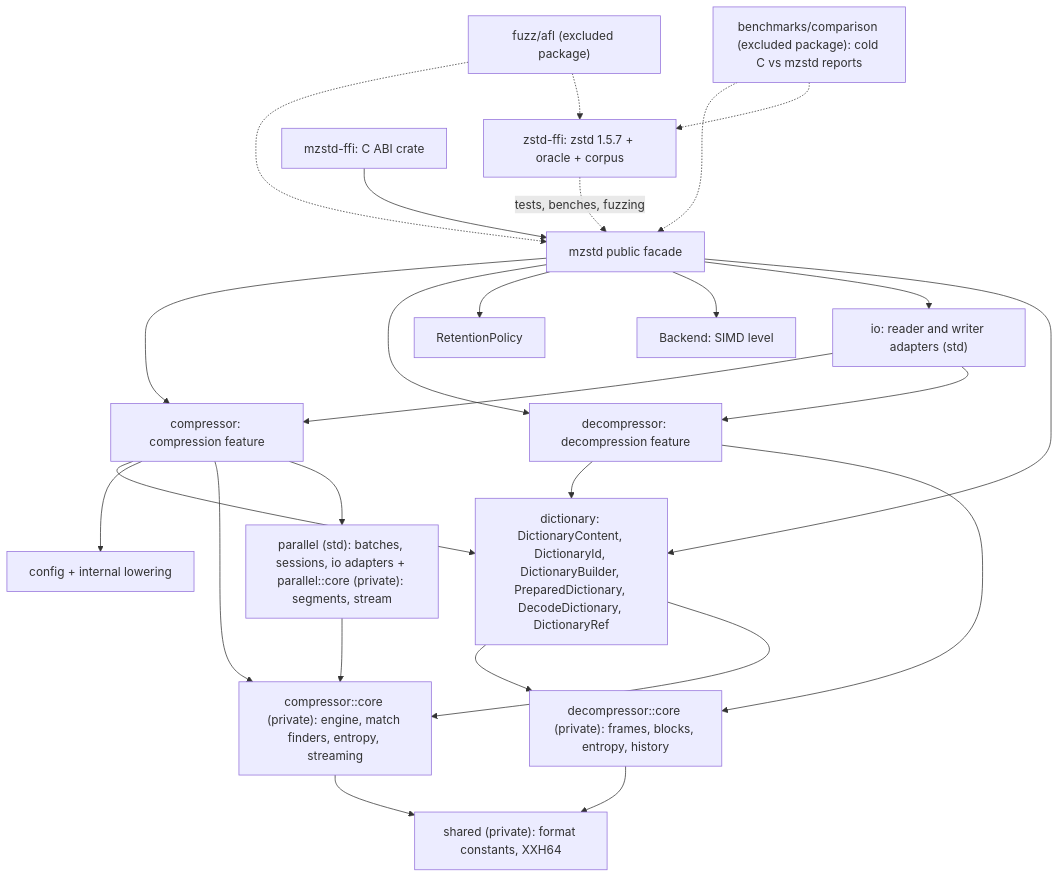
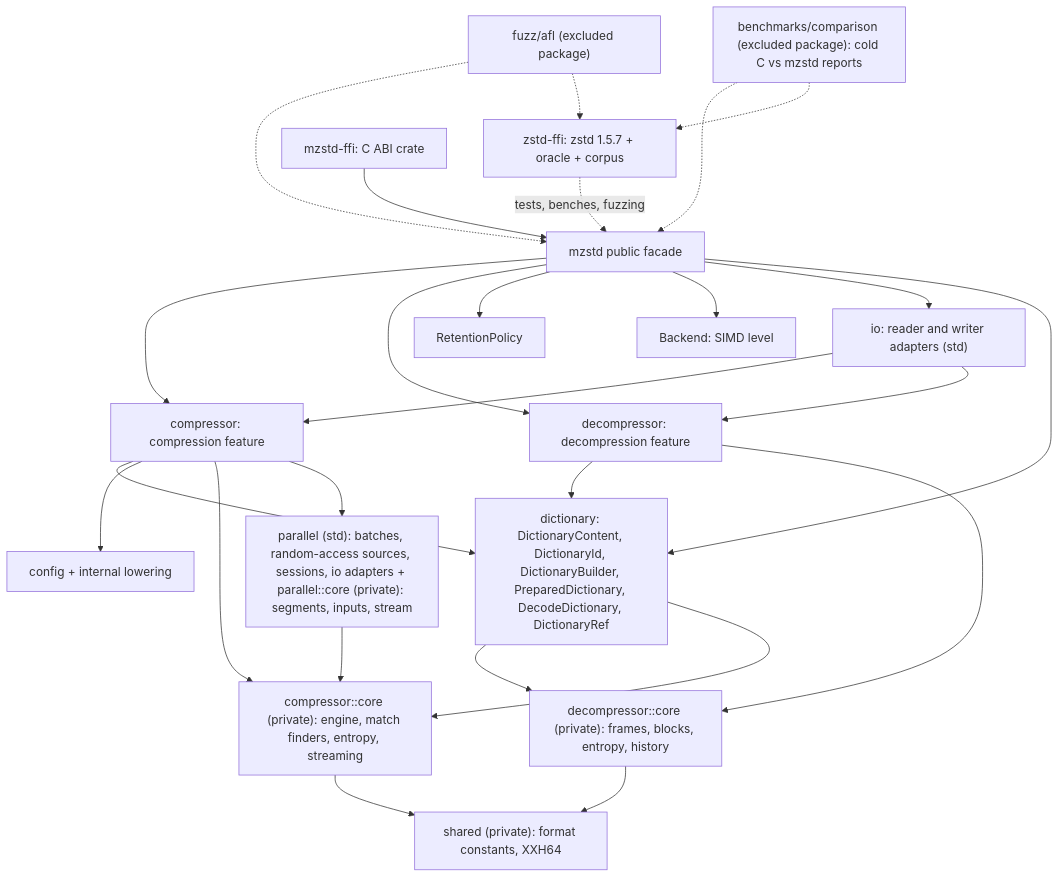
One commit to M-Compressors/mzstd changed the diagram in architecture/README.md. Above: the diagram before and after it, drawn with Mermaid. The commit also changed other lines of this file and 13 other files, not shown here.

````diff
--- a/architecture/README.md
+++ b/architecture/README.md
@@ -11,28 +11,28 @@
 ```mermaid
 graph TD
     Root[mzstd public facade] --> Encode[compressor: compression feature]
     Root --> Decode[decompressor: decompression feature]
     Root --> Ret[RetentionPolicy]
     Root --> Back[Backend: SIMD level]
     Root --> IO["io: reader and writer adapters (std)"]
     Root --> Dict["dictionary: DictionaryContent, DictionaryId, DictionaryBuilder, PreparedDictionary, DecodeDictionary, DictionaryRef"]
     Decode --> Dict
     Encode --> Dict
     Dict --> DCore
     Dict --> ECore
     Encode --> Cfg[config + internal lowering]
     Encode --> ECore["compressor::core (private): engine, match finders, entropy, streaming"]
-    Encode --> Par["parallel (std): batches, sessions, io adapters + parallel::core (private): segments, stream"]
+    Encode --> Par["parallel (std): batches, random-access sources, sessions, io adapters + parallel::core (private): segments, inputs, stream"]
     Par --> ECore
     Decode --> DCore["decompressor::core (private): frames, blocks, entropy, history"]
     ECore --> Shared["shared (private): format constants, XXH64"]
     DCore --> Shared
     IO --> Encode
     IO --> Decode
     Ref["zstd-ffi: zstd 1.5.7 + oracle + corpus"] -. tests, benches, fuzzing .-> Root
     CABI["mzstd-ffi: C ABI crate"] --> Root
     Fuzz["fuzz/afl (excluded package)"] -.-> Root
     Fuzz -.-> Ref
     Cmp["benchmarks/comparison (excluded package): cold C vs mzstd reports"] -.-> Root
     Cmp -.-> Ref
 ```
````
